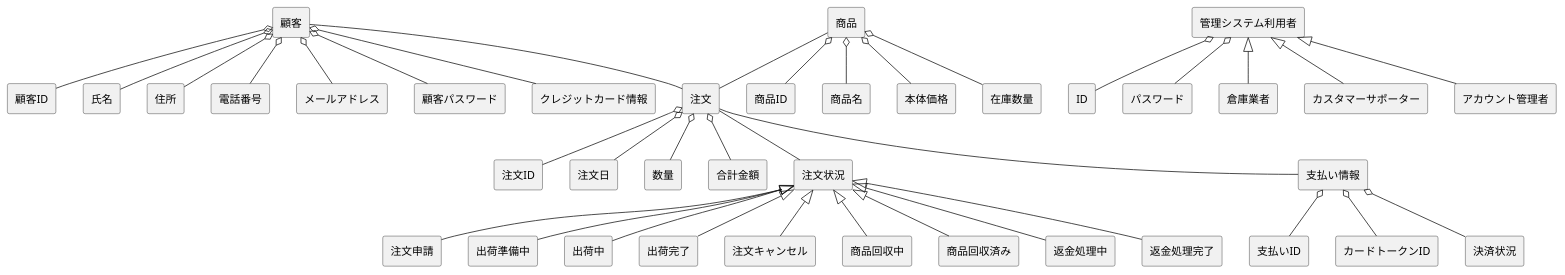
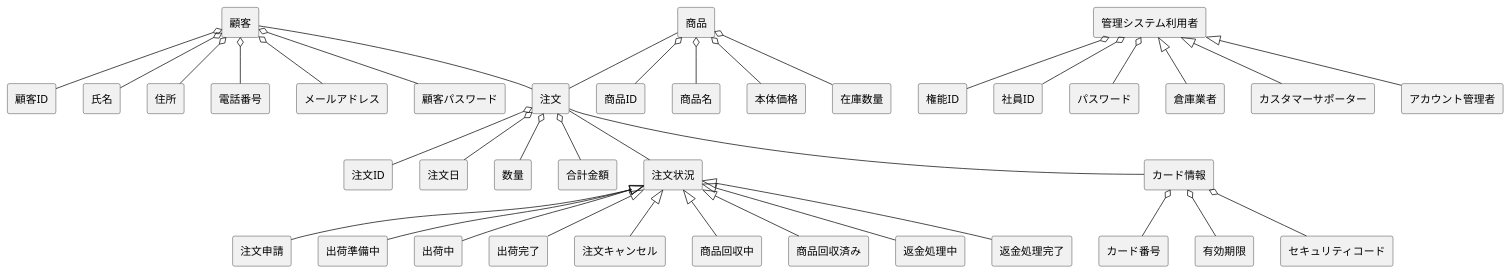
The diagram in group/3-3_総合演習1_BBショップ注文管理システム/ドメインモデル図/domain_lei.pu (ko246/ohara_uml), drawn with PlantUML before and after one commit. The commit also changed 2 other files, not shown here.

Commit message:
ドメインモデル図修正、ユースケース図修正

```diff
--- a/group/3-3_総合演習1_BBショップ注文管理システム/ドメインモデル図/domain_lei.pu
+++ b/group/3-3_総合演習1_BBショップ注文管理システム/ドメインモデル図/domain_lei.pu
@@ -1,67 +1,67 @@
 @startuml Robodog統合ドメインモデル図
 skinparam componentStyle rectangle
 
 ' =====================
 ' 顧客
 ' =====================
 [顧客] o-- [顧客ID]
 [顧客] o-- [氏名]
 [顧客] o-- [住所]
 [顧客] o-- [電話番号]
 [顧客] o-- [メールアドレス]
 [顧客] o-- [顧客パスワード]
-[顧客] o-- [クレジットカード情報]
 
 ' =====================
 ' 商品
 ' =====================
 [商品] o-- [商品ID]
 [商品] o-- [商品名]
 [商品] o-- [本体価格]
 [商品] o-- [在庫数量]
 
 ' =====================
 ' 注文
 ' =====================
 [注文] o-- [注文ID]
 [注文] o-- [注文日]
 [注文] o-- [数量]
 [注文] o-- [合計金額]
 
 [顧客] -- [注文]
 [商品] -- [注文]
 
 ' =====================
 ' 注文状況
 ' =====================
 [注文] -- [注文状況]
 
 [注文状況] <|-- [注文申請]
 [注文状況] <|-- [出荷準備中]
 [注文状況] <|-- [出荷中]
 [注文状況] <|-- [出荷完了]
 [注文状況] <|-- [注文キャンセル]
 [注文状況] <|-- [商品回収中]
 [注文状況] <|-- [商品回収済み]
 [注文状況] <|-- [返金処理中]
 [注文状況] <|-- [返金処理完了]
 
 ' =====================
 ' 支払い情報（クレカ専用）
 ' =====================
-[支払い情報] o-- [支払いID]
-[支払い情報] o-- [カードトークンID]
-[支払い情報] o-- [決済状況]
+[カード情報] o-- [カード番号]
+[カード情報] o-- [有効期限]
+[カード情報] o-- [セキュリティコード]
 
-[注文] -- [支払い情報]
+[注文] -- [カード情報]
 
 ' =====================
 ' 管理システム利用者
 ' =====================
-[管理システム利用者] o-- [ID]
+[管理システム利用者] o-- [権能ID]
+[管理システム利用者] o-- [社員ID]
 [管理システム利用者] o-- [パスワード]
 [管理システム利用者] <|-- [倉庫業者]
 [管理システム利用者] <|-- [カスタマーサポーター]
 [管理システム利用者] <|-- [アカウント管理者]
 
 @enduml
```
